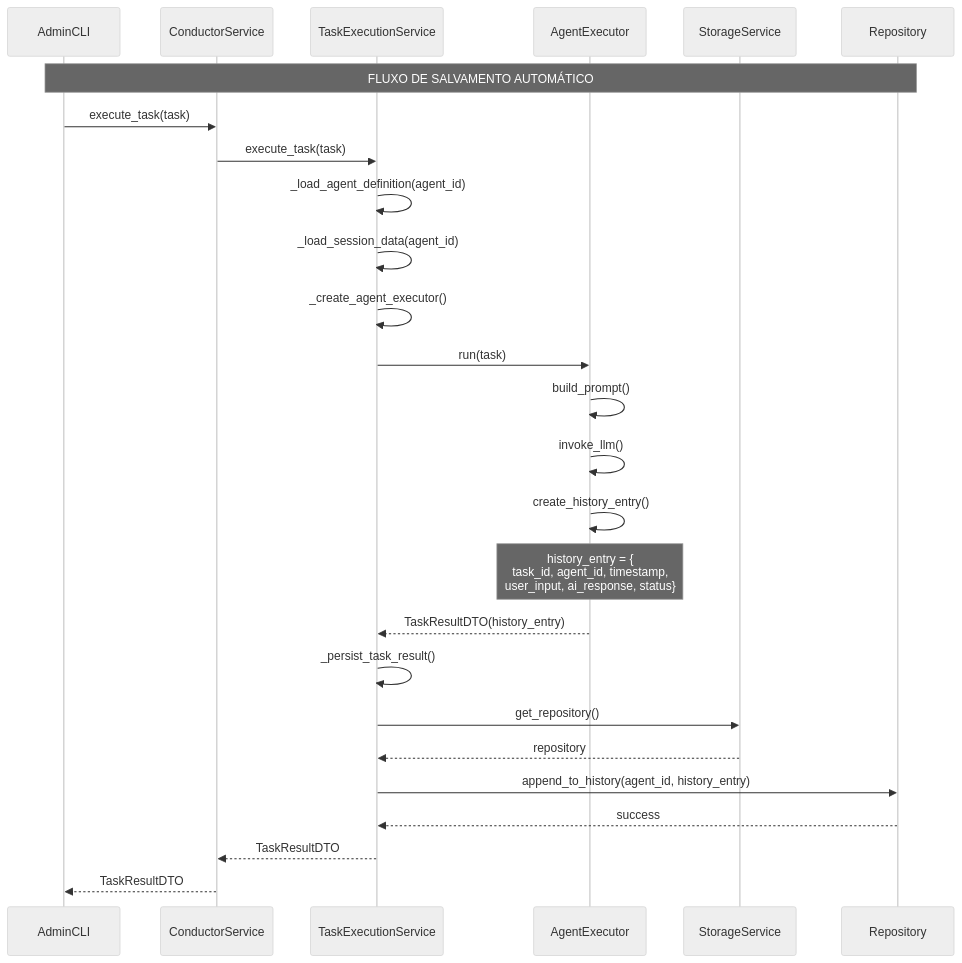
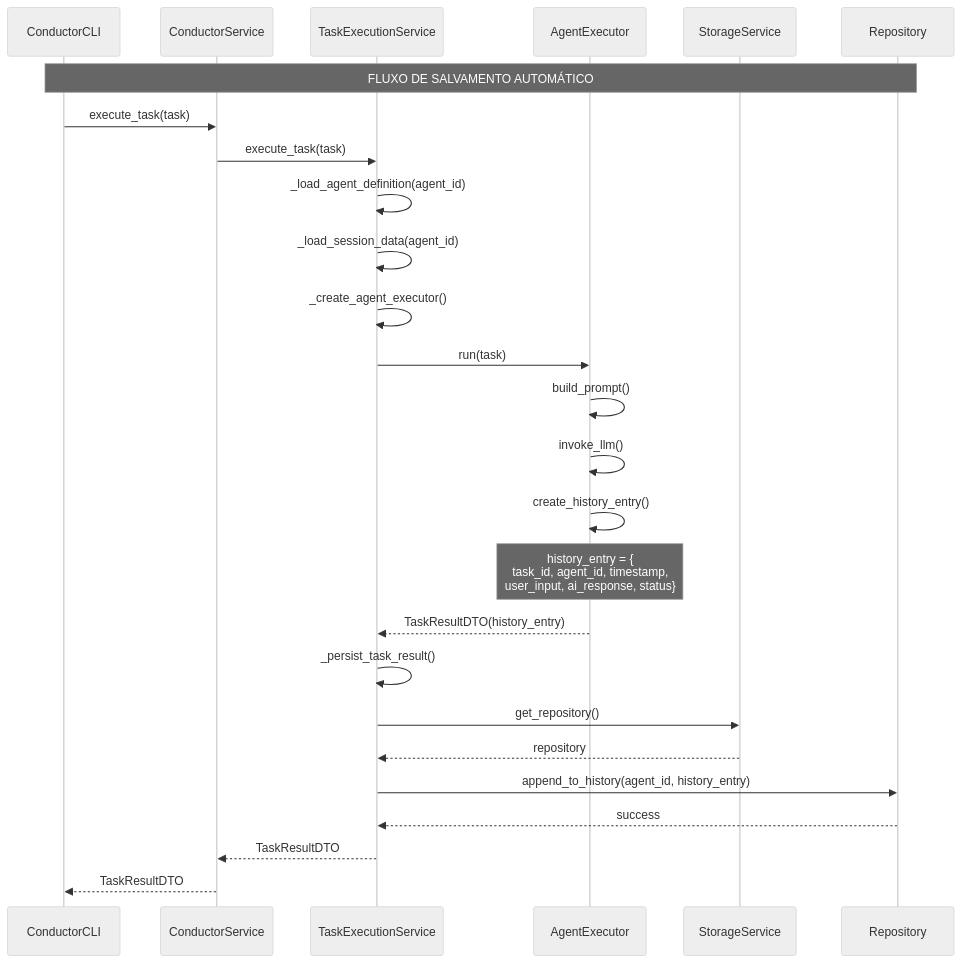
One commit to primoia/conductor changed the first of 3 diagrams in docs/architecture/sequence-diagrams/history-management.md. Above: the diagram before and after it, drawn with Mermaid (neutral theme). The commit also changed other lines of this file and 5 other files, not shown here.

First line of the commit message:
Refactor documentation and CLI interface to promote unified conductor CLI

````diff
--- a/docs/architecture/sequence-diagrams/history-management.md
+++ b/docs/architecture/sequence-diagrams/history-management.md
@@ -9,36 +9,36 @@
 ```mermaid
 sequenceDiagram
-    participant AdminCLI
+    participant ConductorCLI
     participant ConductorService
     participant TaskExecutionService
     participant AgentExecutor
     participant StorageService
     participant Repository
 
-    Note over AdminCLI,Repository: FLUXO DE SALVAMENTO AUTOMÁTICO
+    Note over ConductorCLI,Repository: FLUXO DE SALVAMENTO AUTOMÁTICO
 
-    AdminCLI->>ConductorService: execute_task(task)
+    ConductorCLI->>ConductorService: execute_task(task)
     ConductorService->>TaskExecutionService: execute_task(task)
     
     TaskExecutionService->>TaskExecutionService: _load_agent_definition(agent_id)
     TaskExecutionService->>TaskExecutionService: _load_session_data(agent_id)
     TaskExecutionService->>TaskExecutionService: _create_agent_executor()
     
     TaskExecutionService->>AgentExecutor: run(task)
     AgentExecutor->>AgentExecutor: build_prompt()
     AgentExecutor->>AgentExecutor: invoke_llm()
     AgentExecutor->>AgentExecutor: create_history_entry()
     
     Note over AgentExecutor: history_entry = {<br/>task_id, agent_id, timestamp,<br/>user_input, ai_response, status}
     
     AgentExecutor-->>TaskExecutionService: TaskResultDTO(history_entry)
     
     TaskExecutionService->>TaskExecutionService: _persist_task_result()
     TaskExecutionService->>StorageService: get_repository()
     StorageService-->>TaskExecutionService: repository
     TaskExecutionService->>Repository: append_to_history(agent_id, history_entry)
     Repository-->>TaskExecutionService: success
     
     TaskExecutionService-->>ConductorService: TaskResultDTO
-    ConductorService-->>AdminCLI: TaskResultDTO
+    ConductorService-->>ConductorCLI: TaskResultDTO
 ```
````
